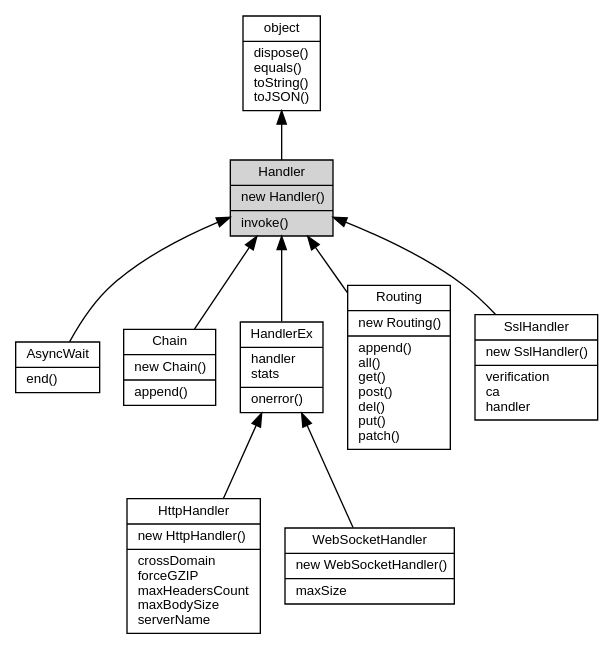
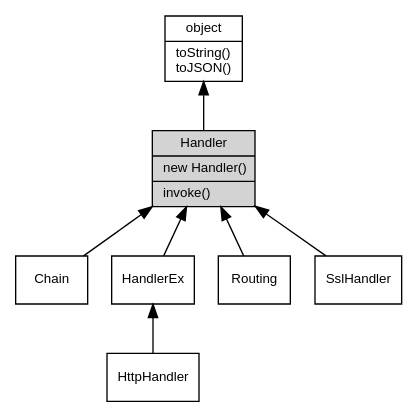
One commit to asionius/fibjs-ceph changed the diagram in docs/object/ifs/Handler.md. Above: the diagram before and after it, drawn with Graphviz. The commit also changed other lines of this file and 138 other files, not shown here.

````diff
--- a/docs/object/ifs/Handler.md
+++ b/docs/object/ifs/Handler.md
@@ -5,24 +5,20 @@
 ```dot
 digraph {
     node [fontname="Helvetica,sans-Serif", fontsize=10, shape="record", style="filled", fillcolor="white"];
 
-    object [tooltip="object", URL="object.md", label="{object|dispose()\lequals()\ltoString()\ltoJSON()\l}"];
-    Handler [tooltip="Handler", fillcolor="lightgray", label="{Handler|new Handler()\l|invoke()\l}"];
-    AsyncWait [tooltip="AsyncWait", URL="AsyncWait.md", label="{AsyncWait|end()\l}"];
-    Chain [tooltip="Chain", URL="Chain.md", label="{Chain|new Chain()\l|append()\l}"];
-    HandlerEx [tooltip="HandlerEx", URL="HandlerEx.md", label="{HandlerEx|handler\lstats\l|onerror()\l}"];
-    HttpHandler [tooltip="HttpHandler", URL="HttpHandler.md", label="{HttpHandler|new HttpHandler()\l|crossDomain\lforceGZIP\lmaxHeadersCount\lmaxBodySize\lserverName\l}"];
-    WebSocketHandler [tooltip="WebSocketHandler", URL="WebSocketHandler.md", label="{WebSocketHandler|new WebSocketHandler()\l|maxSize\l}"];
-    Routing [tooltip="Routing", URL="Routing.md", label="{Routing|new Routing()\l|append()\lall()\lget()\lpost()\ldel()\lput()\lpatch()\l}"];
-    SslHandler [tooltip="SslHandler", URL="SslHandler.md", label="{SslHandler|new SslHandler()\l|verification\lca\lhandler\l}"];
+    object [tooltip="object", URL="object.md", label="{object|toString()\ltoJSON()\l}"];
+    Handler [tooltip="Handler", fillcolor="lightgray", id="me", label="{Handler|new Handler()\l|invoke()\l}"];
+    Chain [tooltip="Chain", URL="Chain.md", label="{Chain}"];
+    HandlerEx [tooltip="HandlerEx", URL="HandlerEx.md", label="{HandlerEx}"];
+    HttpHandler [tooltip="HttpHandler", URL="HttpHandler.md", label="{HttpHandler}"];
+    Routing [tooltip="Routing", URL="Routing.md", label="{Routing}"];
+    SslHandler [tooltip="SslHandler", URL="SslHandler.md", label="{SslHandler}"];
 
     object -> Handler [dir=back];
-    Handler -> AsyncWait [dir=back];
     Handler -> Chain [dir=back];
     Handler -> HandlerEx [dir=back];
     HandlerEx -> HttpHandler [dir=back];
-    HandlerEx -> WebSocketHandler [dir=back];
     Handler -> Routing [dir=back];
     Handler -> SslHandler [dir=back];
 }
 ```
````
